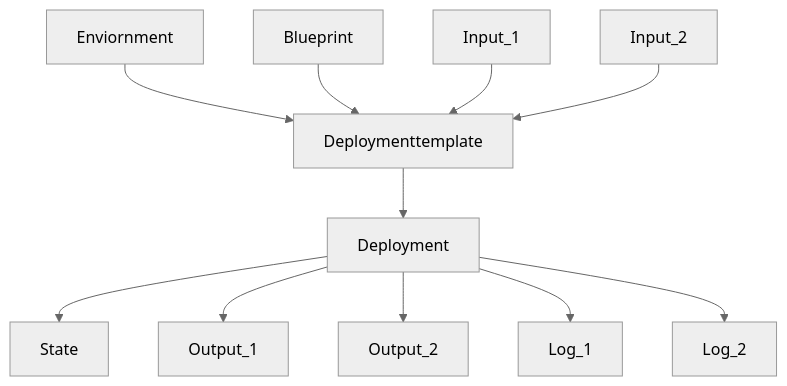
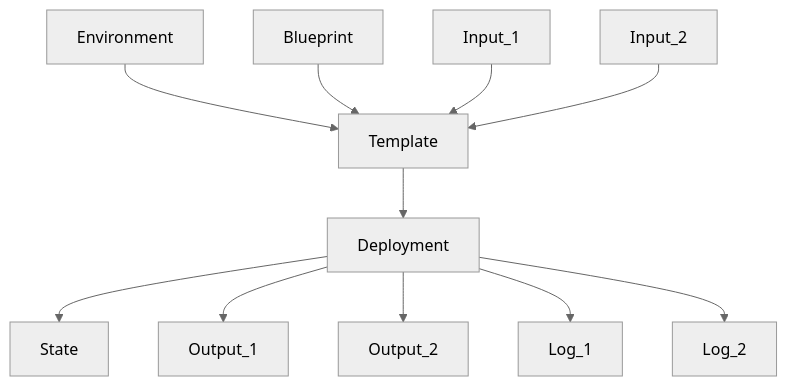
The diagram in mermaid/terminology.mermaid (thecloudsphere/documentation), drawn with Mermaid (neutral theme) before and after one commit. The commit also changed 4 other files, not shown here.

```diff
--- a/mermaid/terminology.mermaid
+++ b/mermaid/terminology.mermaid
@@ -1,11 +1,11 @@
 graph TD
-    Enviornment --> Deploymenttemplate
-    Blueprint --> Deploymenttemplate
-    Input_1 --> Deploymenttemplate
-    Input_2 --> Deploymenttemplate
-    Deploymenttemplate --> Deployment
+    Environment --> Template
+    Blueprint --> Template
+    Input_1 --> Template
+    Input_2 --> Template
+    Template --> Deployment
     Deployment --> State
     Deployment --> Output_1
     Deployment --> Output_2
     Deployment --> Log_1
     Deployment --> Log_2
```
